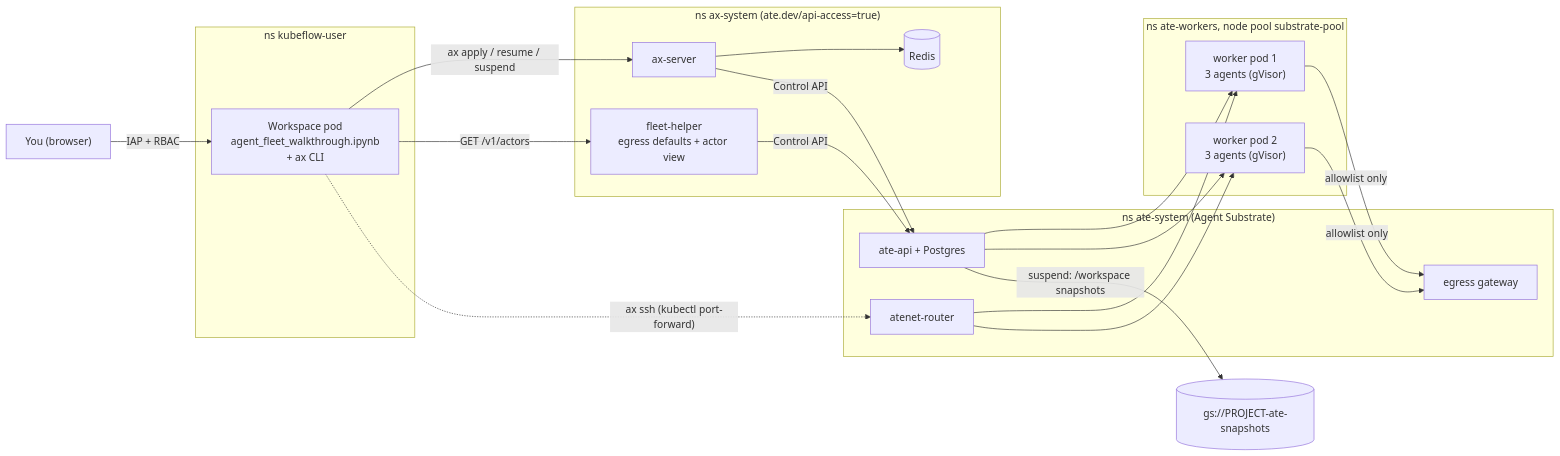
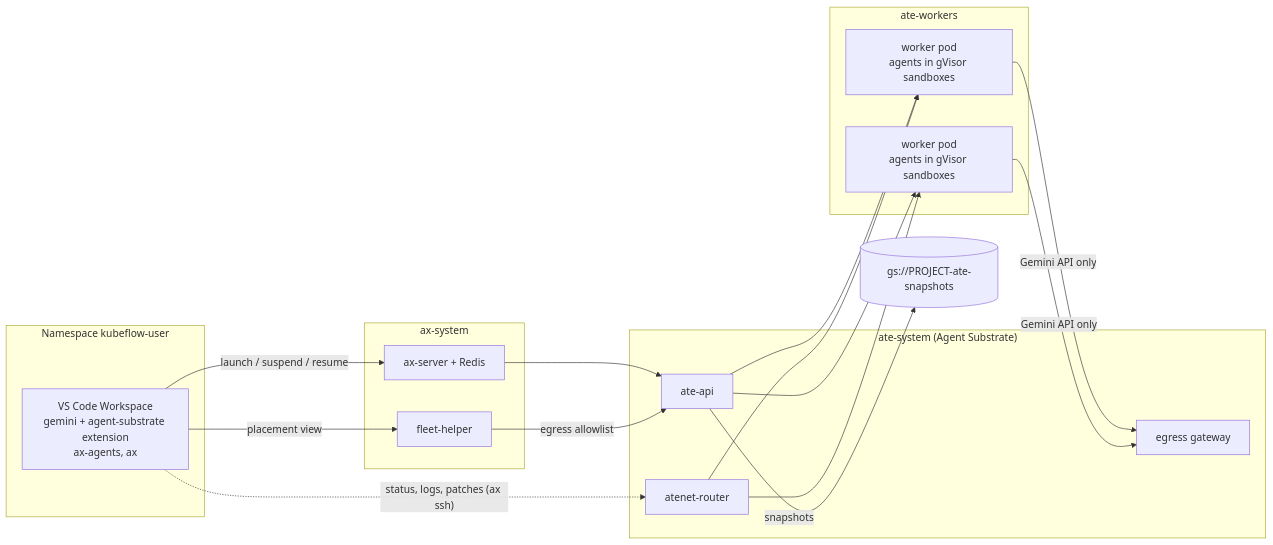
Before and after one commit to gke-labs/workspaces: the second of 2 diagrams in examples/agent-substrate/README.md, drawn with Mermaid. The commit also changed other lines of this file and 50 other files, not shown here.

````diff
--- a/examples/agent-substrate/README.md
+++ b/examples/agent-substrate/README.md
@@ -80,29 +365,28 @@
 ```mermaid
 flowchart LR
-  user["You (browser)"] -->|"IAP + RBAC"| ws
-  subgraph tenant["ns kubeflow-user"]
-    ws["Workspace pod<br/>agent_fleet_walkthrough.ipynb<br/>+ ax CLI"]
+  subgraph tenant["Namespace kubeflow-user"]
+    ws["VS Code Workspace<br/>gemini + agent-substrate extension<br/>ax-agents, ax"]
   end
-  subgraph axns["ns ax-system (ate.dev/api-access=true)"]
-    axs["ax-server"] --> redis[("Redis")]
-    fh["fleet-helper<br/>egress defaults + actor view"]
+  subgraph axns["ax-system"]
+    axs["ax-server + Redis"]
+    fh["fleet-helper"]
   end
-  subgraph ate["ns ate-system (Agent Substrate)"]
-    api["ate-api + Postgres"]
+  subgraph ate["ate-system (Agent Substrate)"]
+    api["ate-api"]
     router["atenet-router"]
     egress["egress gateway"]
   end
-  subgraph workers["ns ate-workers, node pool substrate-pool"]
-    w1["worker pod 1<br/>3 agents (gVisor)"]
-    w2["worker pod 2<br/>3 agents (gVisor)"]
+  subgraph workers["ate-workers"]
+    w1["worker pod<br/>agents in gVisor sandboxes"]
+    w2["worker pod<br/>agents in gVisor sandboxes"]
   end
-  ws -->|"ax apply / resume / suspend"| axs
-  ws -->|"GET /v1/actors"| fh
-  ws -.->|"ax ssh (kubectl port-forward)"| router
-  axs -->|"Control API"| api
-  fh -->|"Control API"| api
+  ws -->|"launch / suspend / resume"| axs
+  ws -->|"placement view"| fh
+  ws -.->|"status, logs, patches (ax ssh)"| router
+  axs --> api
+  fh -->|"egress allowlist"| api
   api --> w1 & w2
   router --> w1 & w2
-  w1 & w2 -->|"allowlist only"| egress
-  api -->|"suspend: /workspace snapshots"| gcs[("gs://PROJECT-ate-snapshots")]
+  w1 & w2 -->|"Gemini API only"| egress
+  api -->|"snapshots"| gcs[("gs://PROJECT-ate-snapshots")]
 ```
````
